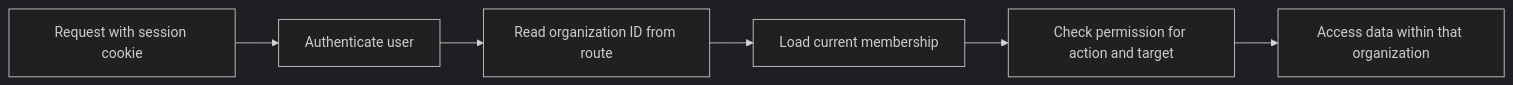
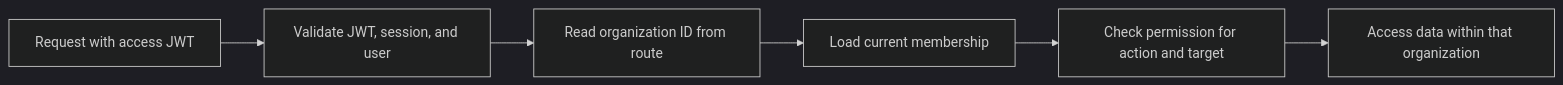
One commit to longdnh/donot-get-left-behind changed the diagram in docs/authentication-authorization.md. Above: the diagram before and after it, drawn with Mermaid (dark theme). The commit also changed other lines of this file and 2 other files, not shown here.

````diff
--- a/docs/authentication-authorization.md
+++ b/docs/authentication-authorization.md
@@ -38,8 +38,8 @@
 ```mermaid
 flowchart LR
-    R[Request with session cookie] --> U[Authenticate user]
+    R[Request with access JWT] --> U[Validate JWT, session, and user]
     U --> T[Read organization ID from route]
     T --> M[Load current membership]
     M --> P[Check permission for action and target]
     P --> D[Access data within that organization]
 ```
````
